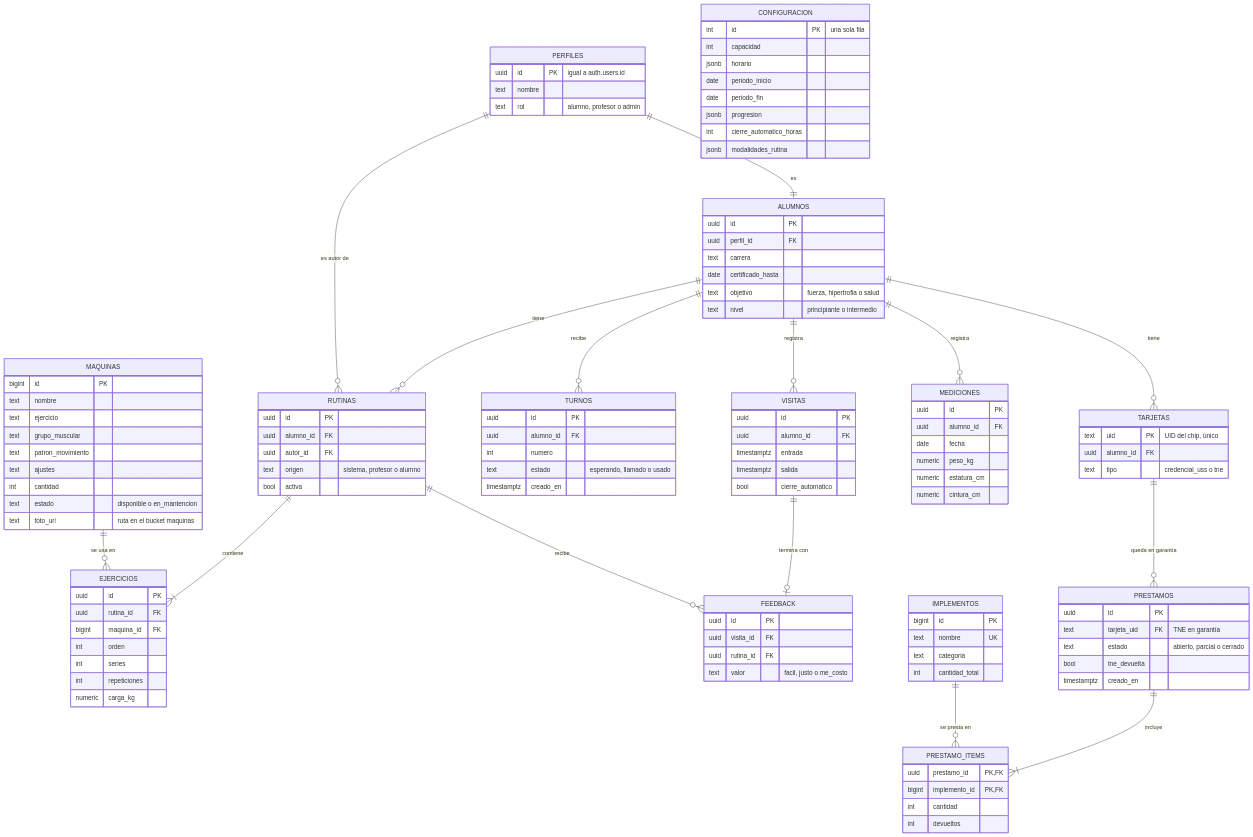
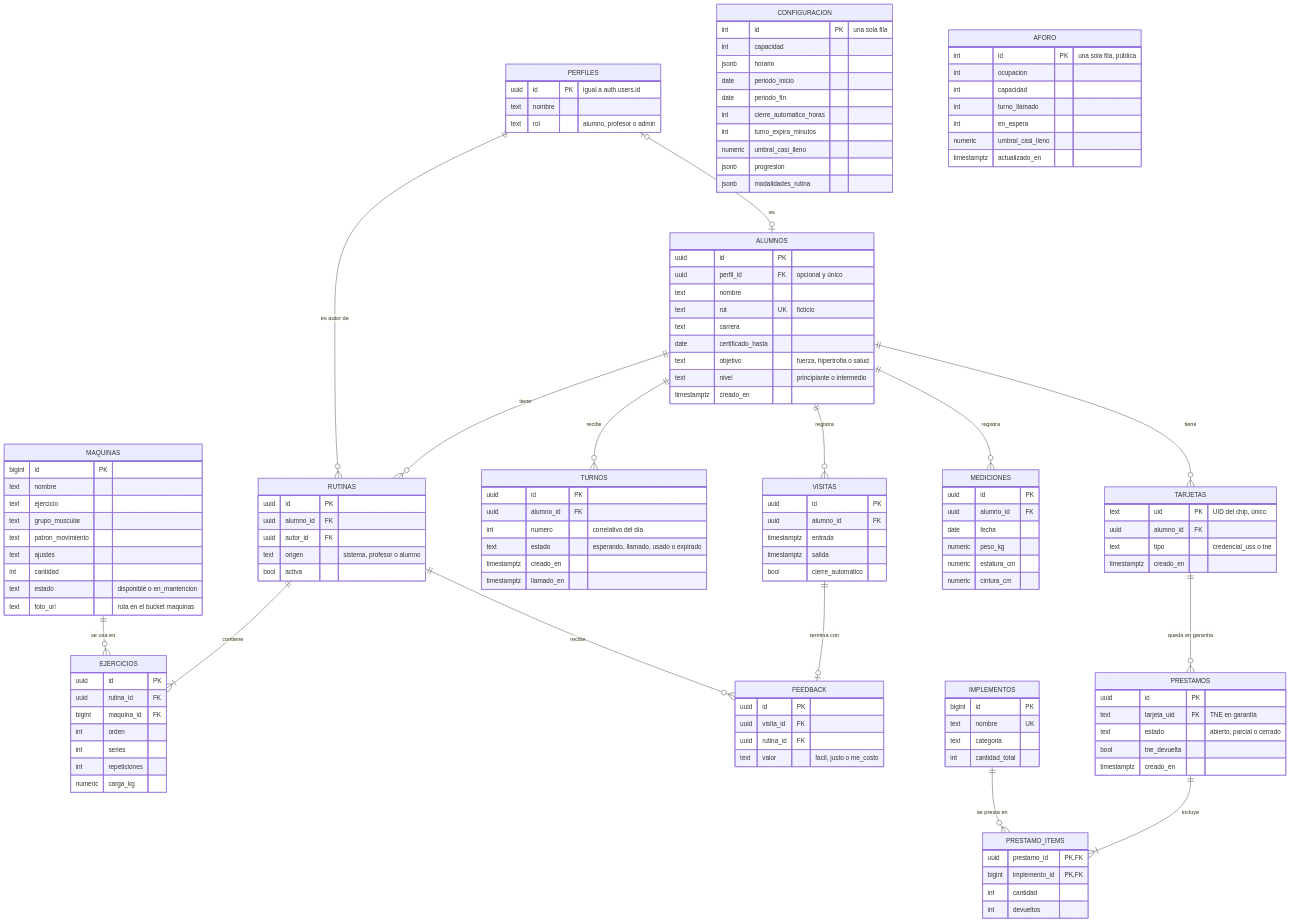
Before and after one commit to vicente-uss/aforofit: the first of 4 diagrams in docs/diagramas.md, drawn with Mermaid. The commit also changed other lines of this file, not shown here.

Commit message:
Actualiza el modelo entidad-relación con la base del flujo

````diff
--- a/docs/diagramas.md
+++ b/docs/diagramas.md
@@ -76,6 +76,6 @@
 ```mermaid
 erDiagram
-    PERFILES ||--|| ALUMNOS : "es"
+    PERFILES |o--o| ALUMNOS : "es"
     ALUMNOS ||--o{ TARJETAS : "tiene"
     ALUMNOS ||--o{ VISITAS : "registra"
     ALUMNOS ||--o{ TURNOS : "recibe"
@@ -97,16 +97,20 @@
     }
     ALUMNOS {
         uuid id PK
-        uuid perfil_id FK
+        uuid perfil_id FK "opcional y único"
+        text nombre
+        text rut UK "ficticio"
         text carrera
         date certificado_hasta
         text objetivo "fuerza, hipertrofia o salud"
         text nivel "principiante o intermedio"
+        timestamptz creado_en
     }
     TARJETAS {
         text uid PK "UID del chip, único"
         uuid alumno_id FK
         text tipo "credencial_uss o tne"
+        timestamptz creado_en
     }
     VISITAS {
         uuid id PK
@@ -118,9 +122,10 @@
     TURNOS {
         uuid id PK
         uuid alumno_id FK
-        int numero
-        text estado "esperando, llamado o usado"
+        int numero "correlativo del día"
+        text estado "esperando, llamado, usado o expirado"
         timestamptz creado_en
+        timestamptz llamado_en
     }
     RUTINAS {
         uuid id PK
@@ -188,8 +193,19 @@
         jsonb horario
         date periodo_inicio
         date periodo_fin
+        int cierre_automatico_horas
+        int turno_expira_minutos
+        numeric umbral_casi_lleno
         jsonb progresion
-        int cierre_automatico_horas
         jsonb modalidades_rutina
     }
+    AFORO {
+        int id PK "una sola fila, pública"
+        int ocupacion
+        int capacidad
+        int turno_llamado
+        int en_espera
+        numeric umbral_casi_lleno
+        timestamptz actualizado_en
+    }
 ```
````
